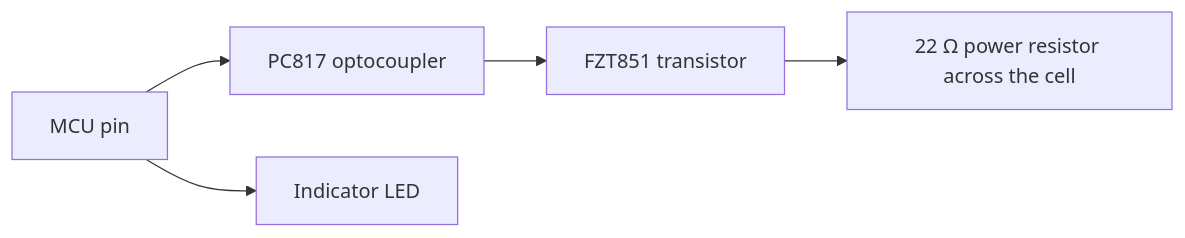
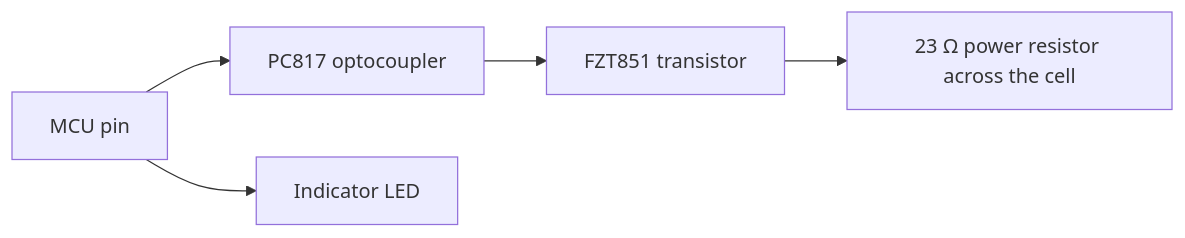
The fifth of 6 diagrams in README.md (meyubcan/stm32-4s-bms-home-automation), drawn with Mermaid before and after one commit. The commit also changed other lines of this file and 6 other files, not shown here.

````diff
--- a/README.md
+++ b/README.md
@@ -156,5 +168,5 @@
 ```mermaid
 flowchart LR
-    P[MCU pin] --> OK[PC817 optocoupler] --> T[FZT851 transistor] --> R[22 Ω power resistor across the cell]
+    P[MCU pin] --> OK[PC817 optocoupler] --> T[FZT851 transistor] --> R[23 Ω power resistor across the cell]
     P --> LED[Indicator LED]
 ```
````
